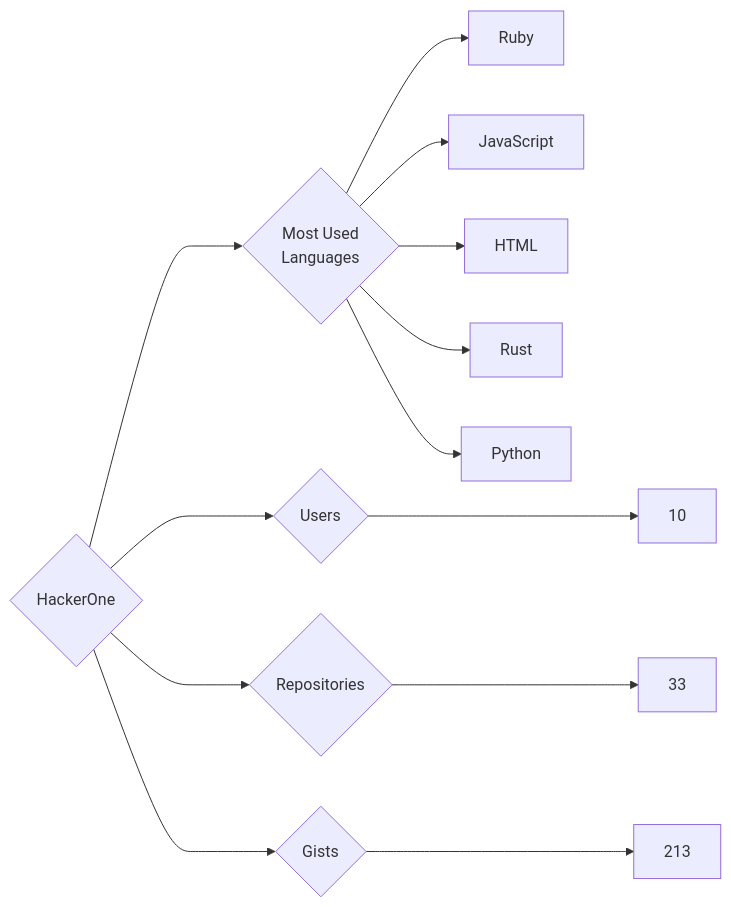
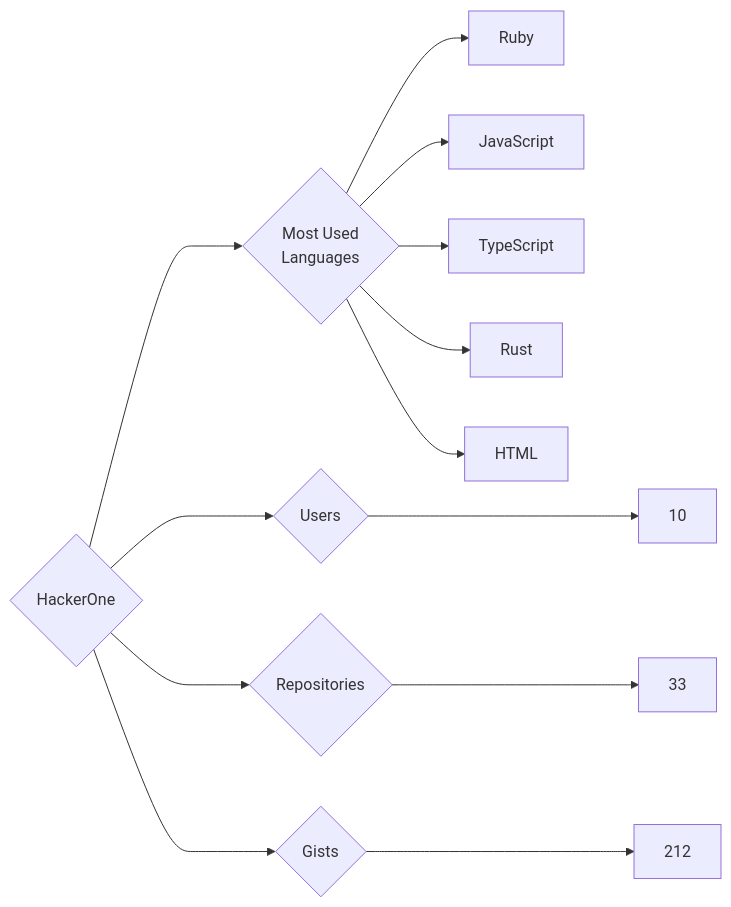
One commit to trickest/insiders changed the diagram in targets/HackerOne/README.md. Above: the diagram before and after it, drawn with Mermaid. The commit also changed 1167 other files, not shown here.

````diff
--- a/targets/HackerOne/README.md
+++ b/targets/HackerOne/README.md
@@ -3,13 +3,13 @@
 ```mermaid
 graph LR
 COMPANY_NAME{HackerOne}
 COMPANY_NAME ---> U{Users} ---> UN[10]
 COMPANY_NAME ---> R{Repositories} ---> RN[33]
-COMPANY_NAME ---> G{Gists} ---> GN[213]
+COMPANY_NAME ---> G{Gists} ---> GN[212]
 COMPANY_NAME ---> ML{Most Used<br>Languages}
 ML --> Ruby[Ruby]
 ML --> JavaScript[JavaScript]
+ML --> TypeScript[TypeScript]
+ML --> Rust[Rust]
 ML --> HTML[HTML]
-ML --> Rust[Rust]
-ML --> Python[Python]
 ```
````
